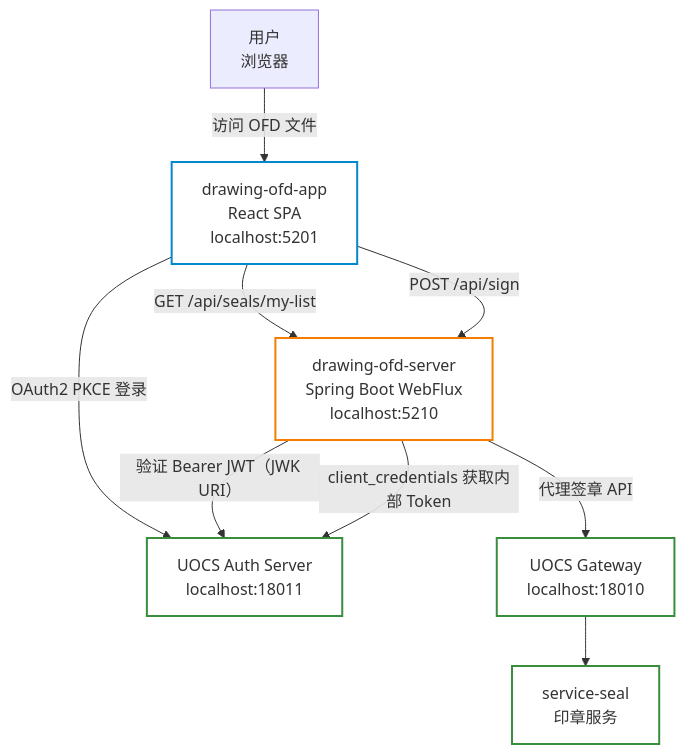
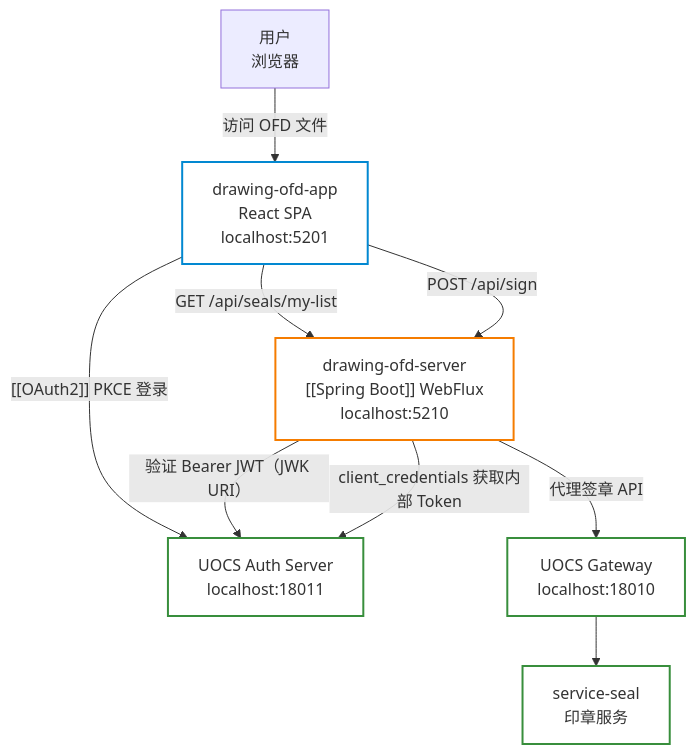
One commit to luguosong/obsidian-lgs changed the eighth of 9 diagrams in UOCS开发/drawing-ofd/OAuth2认证体系/OAuth2认证体系设计与实现.md. Above: the diagram before and after it, drawn with Mermaid. The commit also changed other lines of this file and 362 other files, not shown here.

````diff
--- a/UOCS开发/drawing-ofd/OAuth2认证体系/OAuth2认证体系设计与实现.md
+++ b/UOCS开发/drawing-ofd/OAuth2认证体系/OAuth2认证体系设计与实现.md
@@ -982,25 +982,25 @@
 ```mermaid
 graph TD
     User["用户<br/>浏览器"]
     App["drawing-ofd-app<br/>React SPA<br/>localhost:5201"]
-    Server["drawing-ofd-server<br/>Spring Boot WebFlux<br/>localhost:5210"]
+    Server["drawing-ofd-server<br/>[[Spring Boot]] WebFlux<br/>localhost:5210"]
     Auth["UOCS Auth Server<br/>localhost:18011"]
     GW["UOCS Gateway<br/>localhost:18010"]
     Seal["service-seal<br/>印章服务"]
 
     User -- "访问 OFD 文件" --> App
-    App -- "OAuth2 PKCE 登录" --> Auth
+    App -- "[[OAuth2]] PKCE 登录" --> Auth
     App -- "GET /api/seals/my-list" --> Server
     App -- "POST /api/sign" --> Server
     Server -- "验证 Bearer JWT（JWK URI）" --> Auth
     Server -- "client_credentials 获取内部 Token" --> Auth
     Server -- "代理签章 API" --> GW
     GW --> Seal
 
     classDef spa fill:none,stroke:#0288d1,stroke-width:2px
     classDef server fill:none,stroke:#f57c00,stroke-width:2px
     classDef uocs fill:none,stroke:#388e3c,stroke-width:2px
     class App spa
     class Server server
     class Auth,GW,Seal uocs
 ```
````
